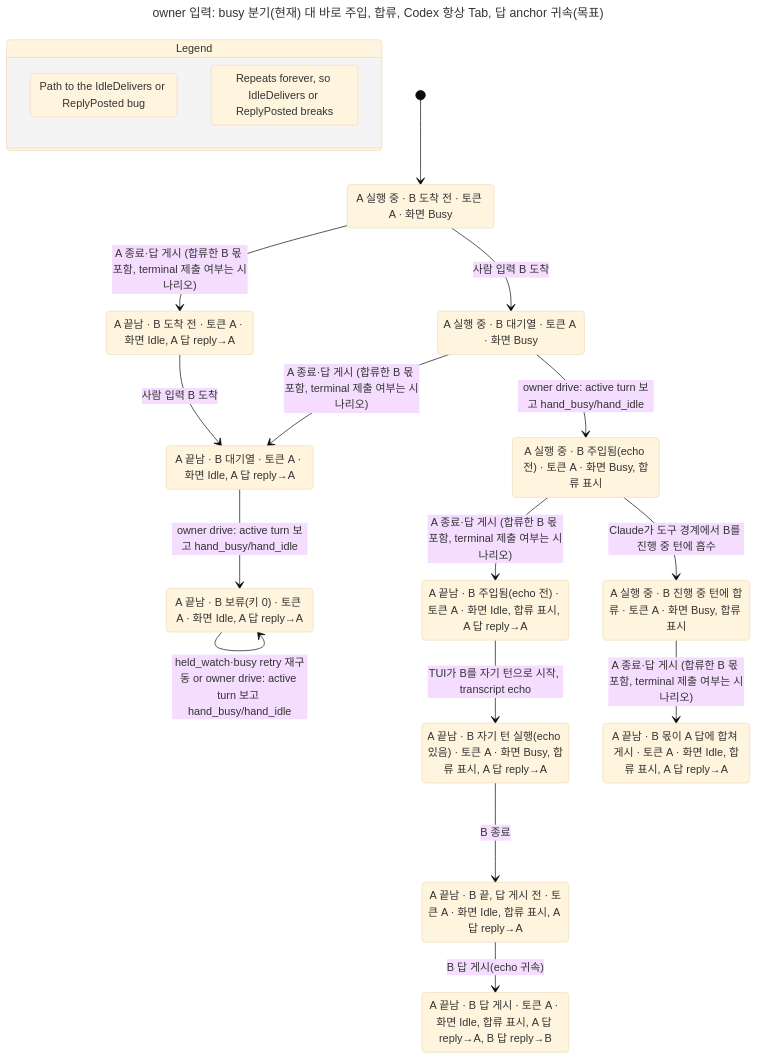
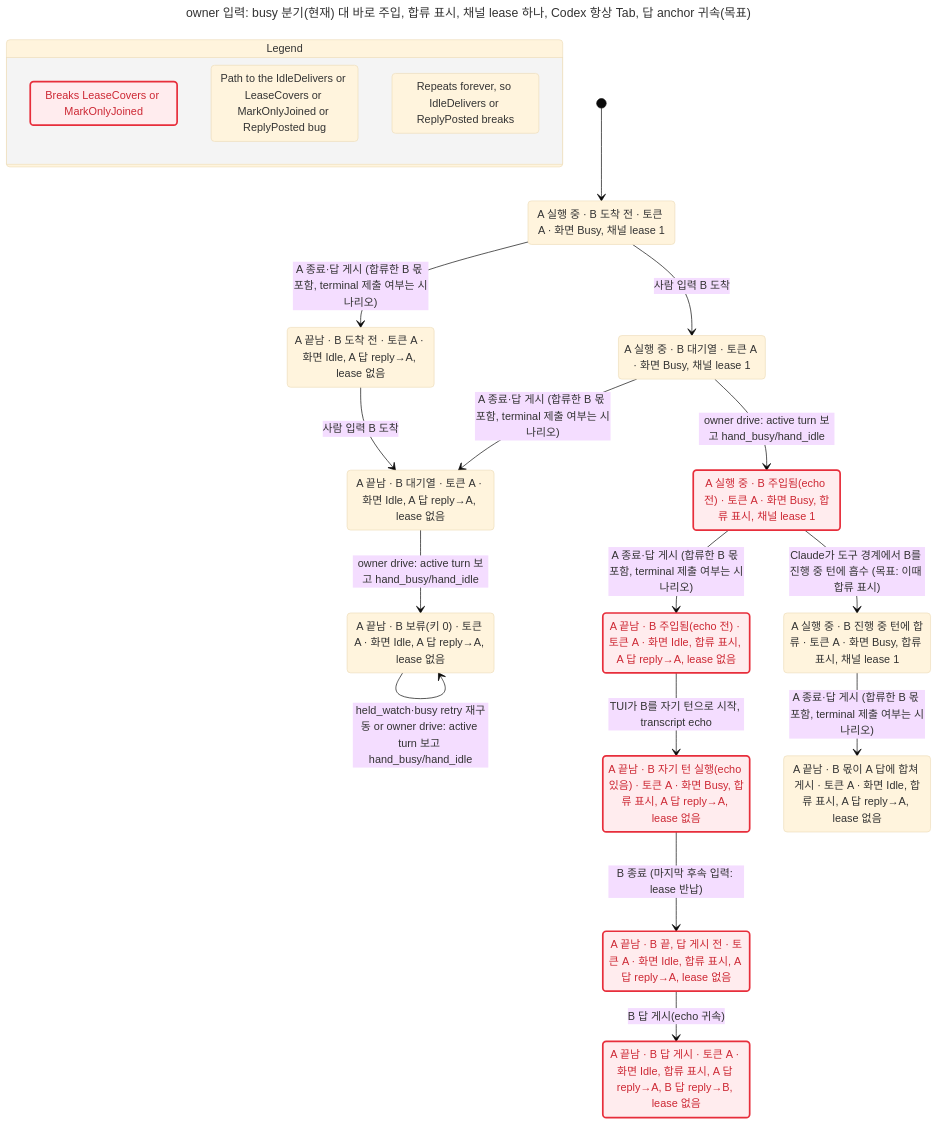
One commit to itismyfield/AgentDesk changed the diagram in docs/statecharts/input-single-path/owner-input-busy-split.current-8432.chart.mmd. Above: the diagram before and after it, drawn with Mermaid (base theme). The commit also changed 46 other files, not shown here.

```diff
--- a/docs/statecharts/input-single-path/owner-input-busy-split.current-8432.chart.mmd
+++ b/docs/statecharts/input-single-path/owner-input-busy-split.current-8432.chart.mmd
@@ -1,41 +1,52 @@
 ---
-title: "owner 입력: busy 분기(현재) 대 바로 주입, 합류, Codex 항상 Tab, 답 anchor 귀속(목표)"
+title: "owner 입력: busy 분기(현재) 대 바로 주입, 합류 표시, 채널 lease 하나, Codex 항상 Tab, 답 anchor 귀속(목표)"
 ---
 stateDiagram-v2
   state "Legend" as legend {
-    lg0: Path to the IdleDelivers or ReplyPosted bug
-    lg1: Repeats forever, so IdleDelivers or ReplyPosted breaks
+    lg0: Breaks LeaseCovers or MarkOnlyJoined
+    lg1: Path to the IdleDelivers or LeaseCovers or MarkOnlyJoined or ReplyPosted bug
+    lg2: Repeats forever, so IdleDelivers or ReplyPosted breaks
   }
-  class lg0 bugPath
-  class lg1 repeats
-  s0: A 실행 중 #183; B 도착 전 #183; 토큰 A #183; 화면 Busy
-  s1: A 끝남 #183; B 도착 전 #183; 토큰 A #183; 화면 Idle, A 답 reply#8594;A
-  s2: A 실행 중 #183; B 대기열 #183; 토큰 A #183; 화면 Busy
-  s3: A 끝남 #183; B 대기열 #183; 토큰 A #183; 화면 Idle, A 답 reply#8594;A
-  s4: A 실행 중 #183; B 주입됨(echo 전) #183; 토큰 A #183; 화면 Busy, 합류 표시
-  s5: A 끝남 #183; B 보류(키 0) #183; 토큰 A #183; 화면 Idle, A 답 reply#8594;A
-  s6: A 끝남 #183; B 주입됨(echo 전) #183; 토큰 A #183; 화면 Idle, 합류 표시, A 답 reply#8594;A
-  s7: A 실행 중 #183; B 진행 중 턴에 합류 #183; 토큰 A #183; 화면 Busy, 합류 표시
-  s8: A 끝남 #183; B 몫이 A 답에 합쳐 게시 #183; 토큰 A #183; 화면 Idle, 합류 표시, A 답 reply#8594;A
-  s9: A 끝남 #183; B 자기 턴 실행(echo 있음) #183; 토큰 A #183; 화면 Busy, 합류 표시, A 답 reply#8594;A
-  s10: A 끝남 #183; B 끝, 답 게시 전 #183; 토큰 A #183; 화면 Idle, 합류 표시, A 답 reply#8594;A
-  s11: A 끝남 #183; B 답 게시 #183; 토큰 A #183; 화면 Idle, 합류 표시, A 답 reply#8594;A, B 답 reply#8594;B
+  class lg0 breaks
+  class lg1 bugPath
+  class lg2 repeats
+  s0: A 실행 중 #183; B 도착 전 #183; 토큰 A #183; 화면 Busy, 채널 lease 1
+  s1: A 끝남 #183; B 도착 전 #183; 토큰 A #183; 화면 Idle, A 답 reply#8594;A, lease 없음
+  s2: A 실행 중 #183; B 대기열 #183; 토큰 A #183; 화면 Busy, 채널 lease 1
+  s3: A 끝남 #183; B 대기열 #183; 토큰 A #183; 화면 Idle, A 답 reply#8594;A, lease 없음
+  s4: A 실행 중 #183; B 주입됨(echo 전) #183; 토큰 A #183; 화면 Busy, 합류 표시, 채널 lease 1
+  s5: A 끝남 #183; B 보류(키 0) #183; 토큰 A #183; 화면 Idle, A 답 reply#8594;A, lease 없음
+  s6: A 끝남 #183; B 주입됨(echo 전) #183; 토큰 A #183; 화면 Idle, 합류 표시, A 답 reply#8594;A, lease 없음
+  s7: A 실행 중 #183; B 진행 중 턴에 합류 #183; 토큰 A #183; 화면 Busy, 합류 표시, 채널 lease 1
+  s8: A 끝남 #183; B 몫이 A 답에 합쳐 게시 #183; 토큰 A #183; 화면 Idle, 합류 표시, A 답 reply#8594;A, lease 없음
+  s9: A 끝남 #183; B 자기 턴 실행(echo 있음) #183; 토큰 A #183; 화면 Busy, 합류 표시, A 답 reply#8594;A, lease 없음
+  s10: A 끝남 #183; B 끝, 답 게시 전 #183; 토큰 A #183; 화면 Idle, 합류 표시, A 답 reply#8594;A, lease 없음
+  s11: A 끝남 #183; B 답 게시 #183; 토큰 A #183; 화면 Idle, 합류 표시, A 답 reply#8594;A, B 답 reply#8594;B, lease 없음
   [*] --> s0
   s0 --> s1: A 종료#183;답 게시 (합류한 B 몫 포함, terminal 제출 여부는 시나리오)
   s0 --> s2: 사람 입력 B 도착
   s1 --> s3: 사람 입력 B 도착
   s2 --> s3: A 종료#183;답 게시 (합류한 B 몫 포함, terminal 제출 여부는 시나리오)
   s2 --> s4: owner drive: active turn 보고 hand_busy/hand_idle
   s3 --> s5: owner drive: active turn 보고 hand_busy/hand_idle
   s4 --> s6: A 종료#183;답 게시 (합류한 B 몫 포함, terminal 제출 여부는 시나리오)
-  s4 --> s7: Claude가 도구 경계에서 B를 진행 중 턴에 흡수
+  s4 --> s7: Claude가 도구 경계에서 B를 진행 중 턴에 흡수 (목표: 이때 합류 표시)
   s5 --> s5: held_watch#183;busy retry 재구동 or owner drive: active turn 보고 hand_busy/hand_idle
   s6 --> s9: TUI가 B를 자기 턴으로 시작, transcript echo
   s7 --> s8: A 종료#183;답 게시 (합류한 B 몫 포함, terminal 제출 여부는 시나리오)
-  s9 --> s10: B 종료
+  s9 --> s10: B 종료 (마지막 후속 입력: lease 반납)
   s10 --> s11: B 답 게시(echo 귀속)
+  classDef breaks fill:#ffecee,stroke:#e72e3b,stroke-width:2.5px,color:#cd2834
   class s0 bugPath
   class s1 bugPath
+  class s2 bugPath
   class s3 bugPath
-  class s5 bugPath
+  class s4 breaks
+  class s4 bugPath
   class s5 repeats
+  class s6 breaks
+  class s6 bugPath
+  class s9 breaks
+  class s9 bugPath
+  class s10 breaks
+  class s11 breaks
```
